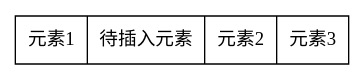
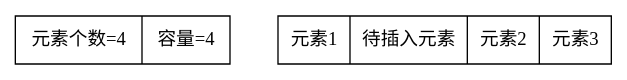
The eighth of 31 diagrams in src/第一章-线性结构.md (xavierwoo/data_structrues_notes), drawn with Graphviz before and after one commit. The commit also changed other lines of this file and 1 other file, not shown here.

````diff
--- a/src/第一章-线性结构.md
+++ b/src/第一章-线性结构.md
@@ -92,7 +202,10 @@
 ```dot
 digraph G{
+    rankdir=LR
     node [shape = record]
-    A [label = "元素1|待插入元素|元素2|元素3"];
+    H[label="{元素个数=4 | 容量=4}"]
+    A [label = "{元素1|待插入元素|元素2|元素3  }"];
 
+    H -> A[weight=10 style=invis]
 }
 ```
````
